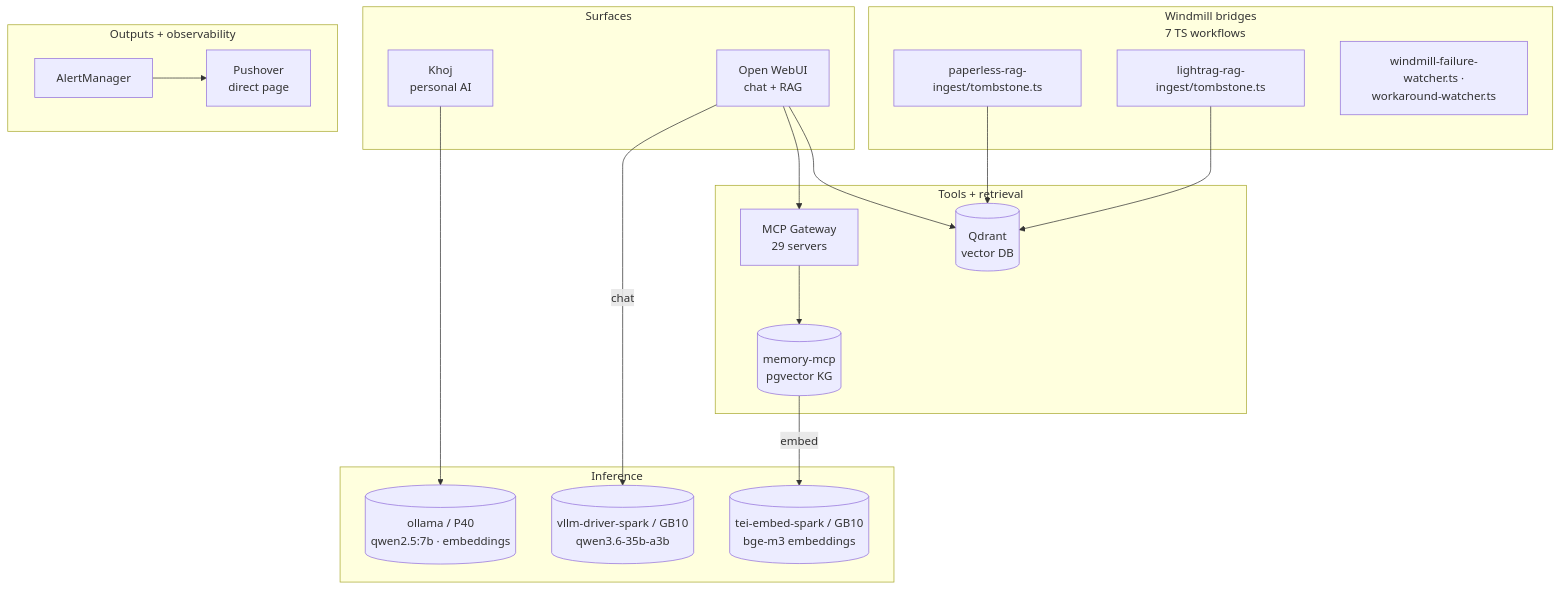
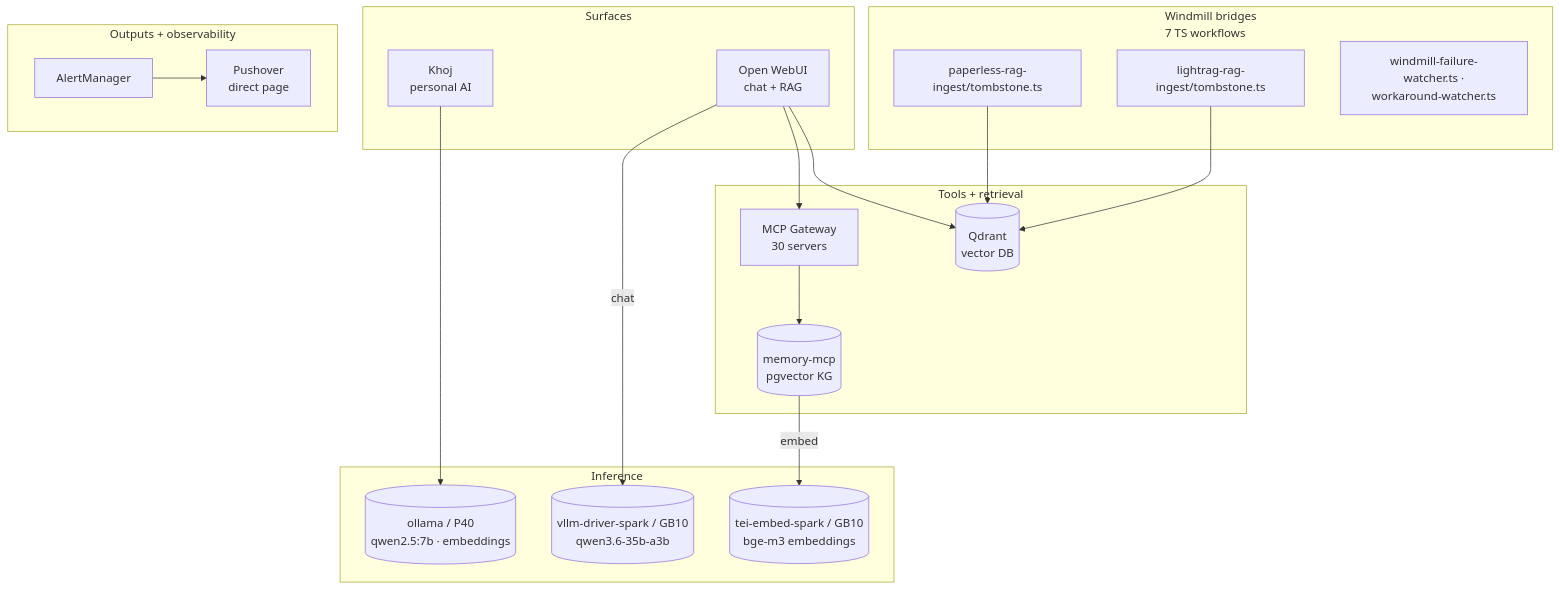
The second of 2 diagrams in README.md (rwlove/home-ops), drawn with Mermaid before and after one commit. The commit also changed other lines of this file and 10 other files, not shown here.

````diff
--- a/README.md
+++ b/README.md
@@ -317,39 +317,39 @@
 ```mermaid
 flowchart TB
     subgraph Surfaces[Surfaces]
         OWUI[Open WebUI<br/>chat + RAG]
         Khoj[Khoj<br/>personal AI]
     end
 
     subgraph Bridges[Windmill bridges<br/>7 TS workflows]
         WPaperless[paperless-rag-ingest/tombstone.ts]
         WLightrag[lightrag-rag-ingest/tombstone.ts]
         WOther[windmill-failure-watcher.ts ·<br/>workaround-watcher.ts]
     end
 
     subgraph Inference[Inference]
         OllamaP40[(ollama / P40<br/>qwen2.5:7b · embeddings)]
         VllmDriver[(vllm-driver-spark / GB10<br/>qwen3.6-35b-a3b)]
         TeiEmbed[(tei-embed-spark / GB10<br/>bge-m3 embeddings)]
     end
 
     subgraph Tools[Tools + retrieval]
-        Gw[MCP Gateway<br/>29 servers]
+        Gw[MCP Gateway<br/>30 servers]
         Q[(Qdrant<br/>vector DB)]
         Mem[(memory-mcp<br/>pgvector KG)]
     end
 
     subgraph Outputs[Outputs + observability]
         AM[AlertManager]
         Push[Pushover<br/>direct page]
     end
 
     OWUI -->|chat| VllmDriver
     OWUI --> Gw --> Mem
     OWUI --> Q
     Mem -->|embed| TeiEmbed
     Khoj --> OllamaP40
     WPaperless --> Q
     WLightrag --> Q
     AM --> Push
 ```
````
